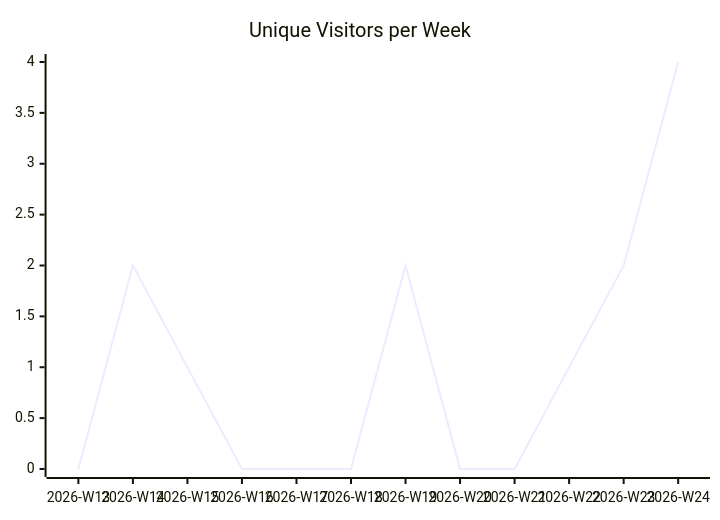
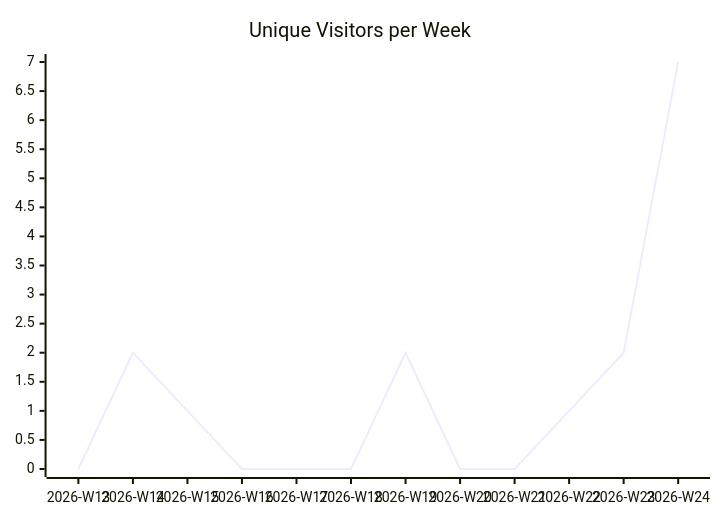
One commit to justdavis-family/github-analytics-data changed the first of 3 diagrams in karlmdavis/justdavis-ansible/README.md. Above: the diagram before and after it, drawn with Mermaid. The commit also changed other lines of this file and 193 other files, not shown here.

````diff
--- a/karlmdavis/justdavis-ansible/README.md
+++ b/karlmdavis/justdavis-ansible/README.md
@@ -5,6 +5,6 @@
 ```mermaid
 xychart-beta
   title "Unique Visitors per Week"
   x-axis ["2026-W13", "2026-W14", "2026-W15", "2026-W16", "2026-W17", "2026-W18", "2026-W19", "2026-W20", "2026-W21", "2026-W22", "2026-W23", "2026-W24"]
-  line [0, 2, 1, 0, 0, 0, 2, 0, 0, 1, 2, 4]
+  line [0, 2, 1, 0, 0, 0, 2, 0, 0, 1, 2, 7]
 ```
````
